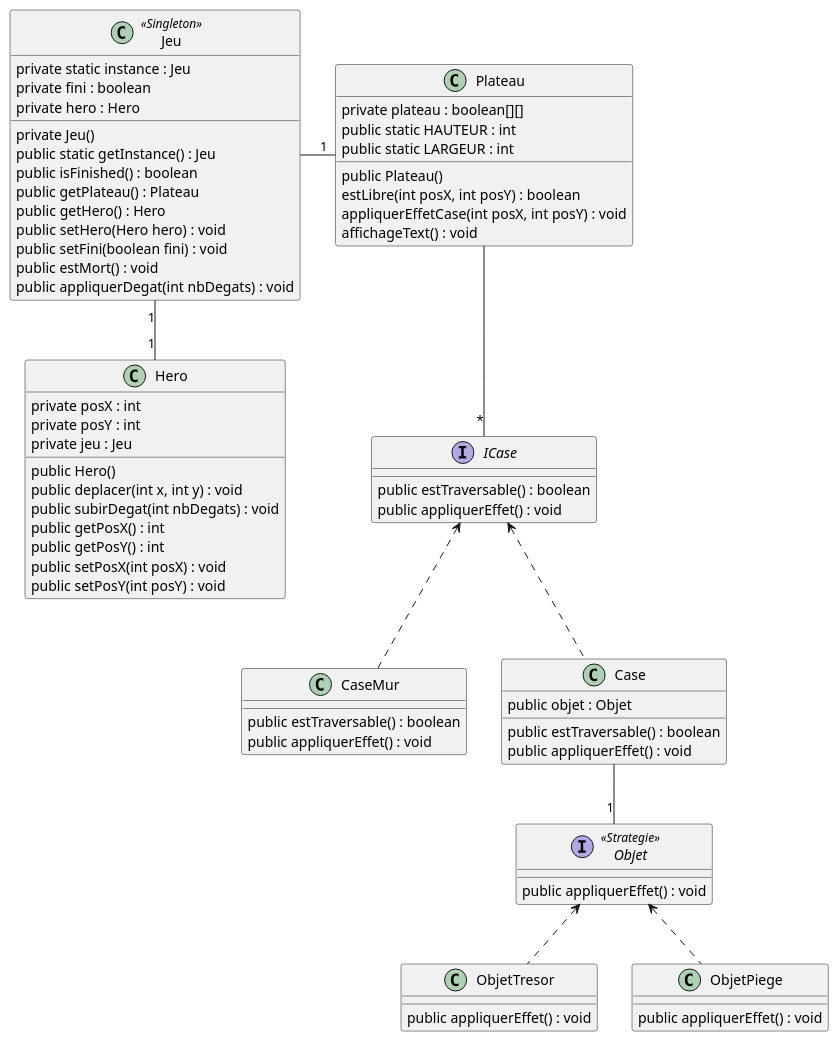
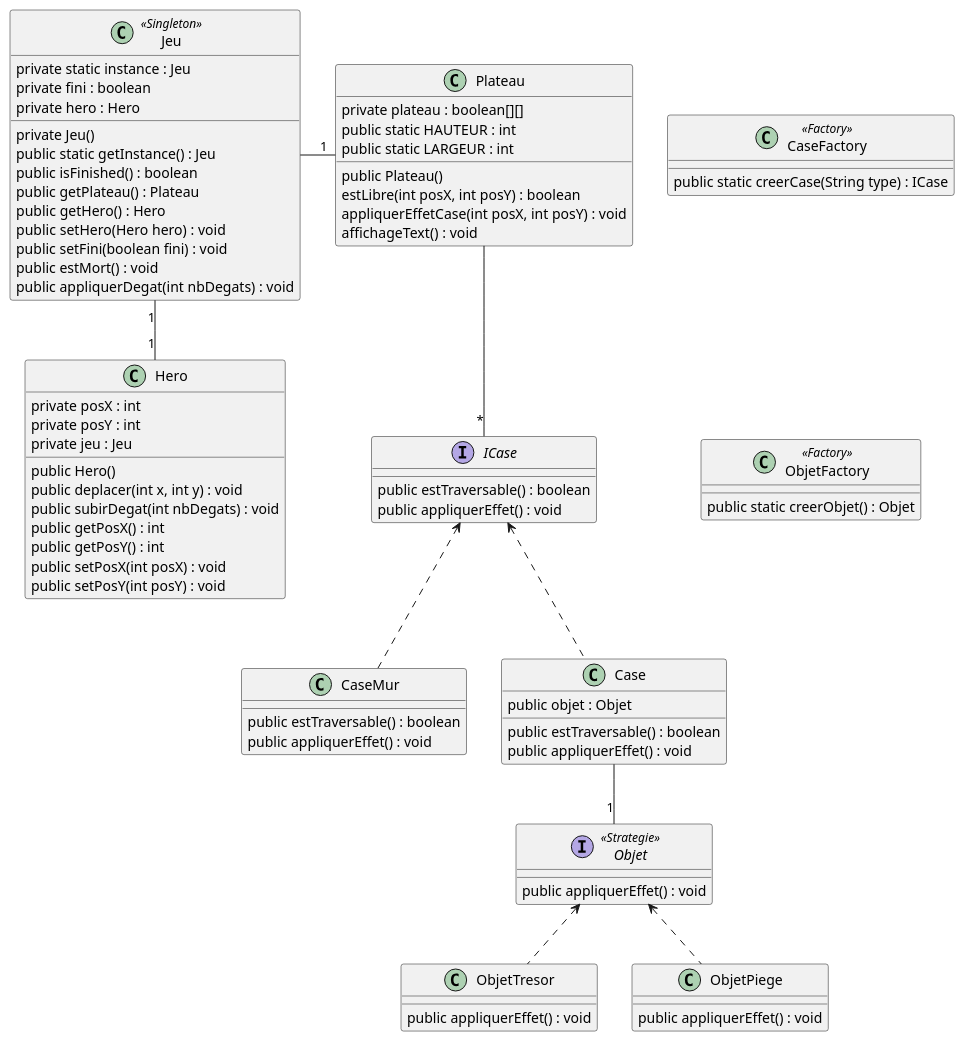
One commit to fujine/ACL2017_AbJoGuiQuen- changed the diagram in Conception/V1.0/Diagramme de classe.puml. Above: the diagram before and after it, drawn with PlantUML. The commit also changed 11 other files, not shown here.

Commit message:
Ajout des Factory pour Case et Objet

```diff
--- a/Conception/V1.0/Diagramme de classe.puml
+++ b/Conception/V1.0/Diagramme de classe.puml
@@ -1,78 +1,87 @@
 @startuml
 	Class Hero {
 		private posX : int
 		private posY : int
 		private jeu : Jeu
 
 		public Hero()
 		public deplacer(int x, int y) : void
 		public subirDegat(int nbDegats) : void
 		public getPosX() : int
 		public getPosY() : int
         public setPosX(int posX) : void
         public setPosY(int posY) : void
 	}
 	Class Plateau {
         private plateau : boolean[][]
         public static HAUTEUR : int
         public static LARGEUR : int
 
         public Plateau()
         estLibre(int posX, int posY) : boolean
         appliquerEffetCase(int posX, int posY) : void
         affichageText() : void
 
 	}
 	Class Jeu <<Singleton>>{
 	    private static instance : Jeu
         private fini : boolean
         private hero : Hero
 
         private Jeu()
         public static getInstance() : Jeu
         public isFinished() : boolean
         public getPlateau() : Plateau
         public getHero() : Hero
         public setHero(Hero hero) : void
         public setFini(boolean fini) : void
         public estMort() : void
         public appliquerDegat(int nbDegats) : void
 	}
 
+	Class CaseFactory <<Factory>>{
+	    public static creerCase(String type) : ICase
+	}
+
+	Class ObjetFactory <<Factory>>{
+	    public static creerObjet() : Objet
+	}
+
 	Interface ICase {
 	    public estTraversable() : boolean
 	    public appliquerEffet() : void
 	}
 
 	Interface Objet <<Strategie>>{
 	    public appliquerEffet() : void
 	}
 
 	Class CaseMur {
 	    public estTraversable() : boolean
 	    public appliquerEffet() : void
 	}
 
 	Class ObjetTresor {
 	    public appliquerEffet() : void
 	}
 
 	Class Case {
 	    public objet : Objet
 	    public estTraversable() : boolean
 	    public appliquerEffet() : void
 	}
 
 	Class ObjetPiege {
 	    public appliquerEffet() : void
 	}
 
     Objet <.. ObjetPiege
     ICase <.. Case
     ICase <.. CaseMur
     Objet <.. ObjetTresor
     Case -- "1" Objet
     Plateau -- "*" ICase
 	Jeu "1" -down- "1" Hero
 	Jeu -right- "1" Plateau
+	CaseFactory -[hidden]- ObjetFactory
 @enduml
```
